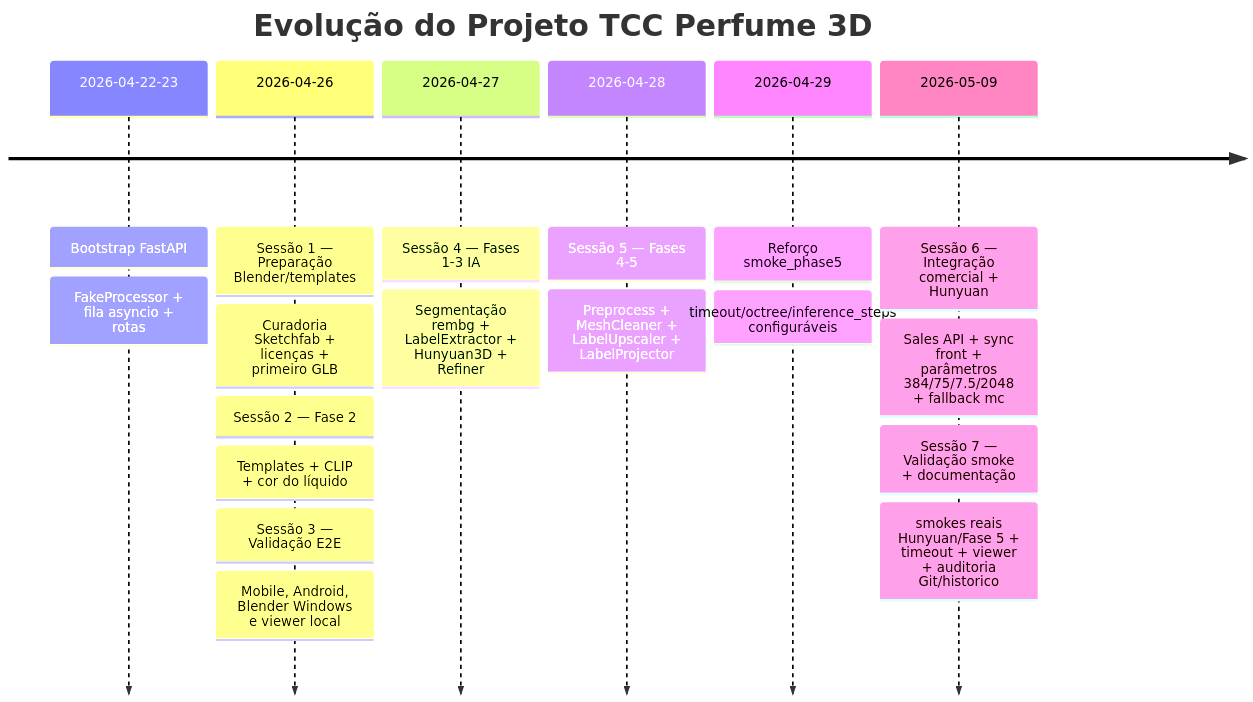
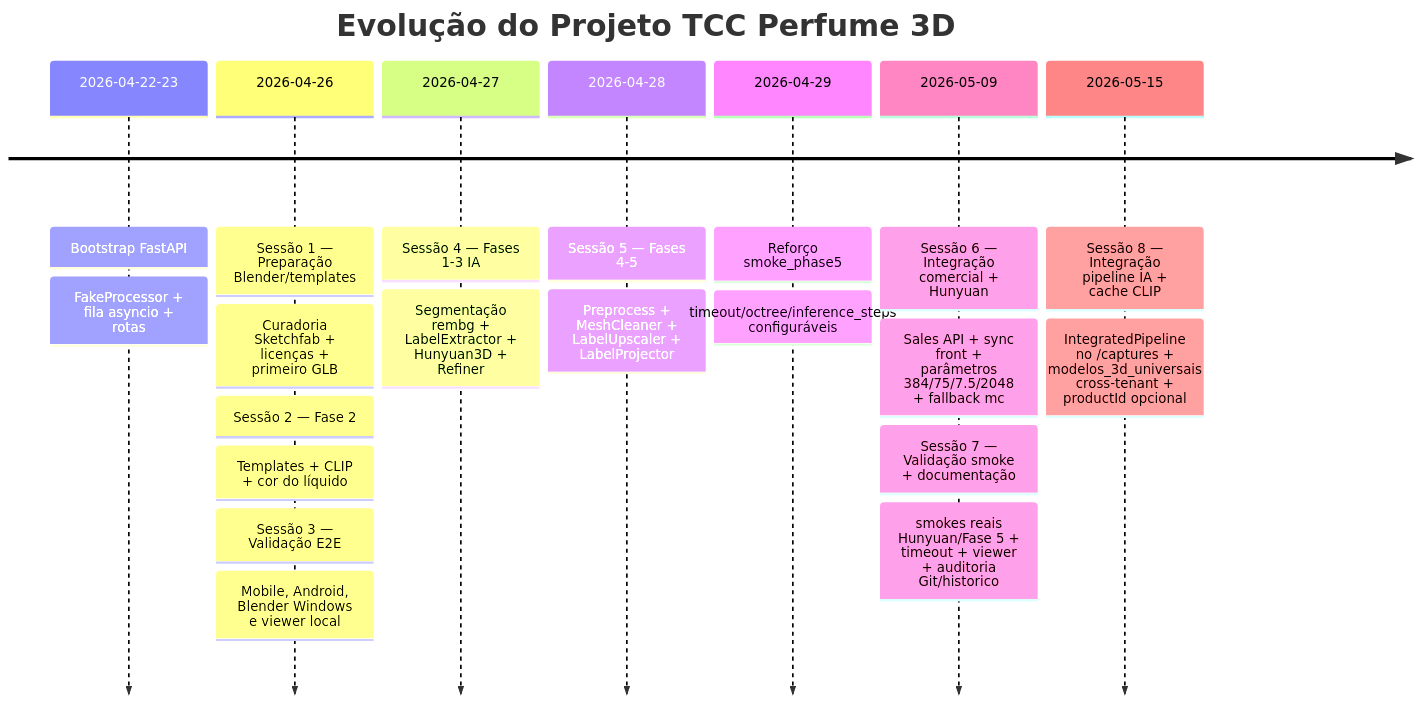
The diagram in historico/INDEX.md (Cristovam10000/perfume-3d-backend), drawn with Mermaid before and after one commit. The commit also changed other lines of this file and 4 other files, not shown here.

First line of the commit message:
feat(captures): POST /captures aceita productId opcional + ajustes de testes e historico

````diff
--- a/historico/INDEX.md
+++ b/historico/INDEX.md
@@ -22,13 +23,14 @@
 ```mermaid
 timeline
     title Evolução do Projeto TCC Perfume 3D
     2026-04-22-23 : Bootstrap FastAPI : FakeProcessor + fila asyncio + rotas
     2026-04-26    : Sessão 1 — Preparação Blender/templates : Curadoria Sketchfab + licenças + primeiro GLB
                   : Sessão 2 — Fase 2 : Templates + CLIP + cor do líquido
                   : Sessão 3 — Validação E2E : Mobile, Android, Blender Windows e viewer local
     2026-04-27    : Sessão 4 — Fases 1-3 IA : Segmentação rembg + LabelExtractor + Hunyuan3D + Refiner
     2026-04-28    : Sessão 5 — Fases 4-5 : Preprocess + MeshCleaner + LabelUpscaler + LabelProjector
     2026-04-29    : Reforço smoke_phase5 : timeout/octree/inference_steps configuráveis
     2026-05-09    : Sessão 6 — Integração comercial + Hunyuan : Sales API + sync front + parâmetros 384/75/7.5/2048 + fallback mc
                   : Sessão 7 — Validação smoke + documentação : smokes reais Hunyuan/Fase 5 + timeout + viewer + auditoria Git/historico
+    2026-05-15    : Sessão 8 — Integração pipeline IA + cache CLIP : IntegratedPipeline no /captures + modelos_3d_universais cross-tenant + productId opcional
 ```
````
